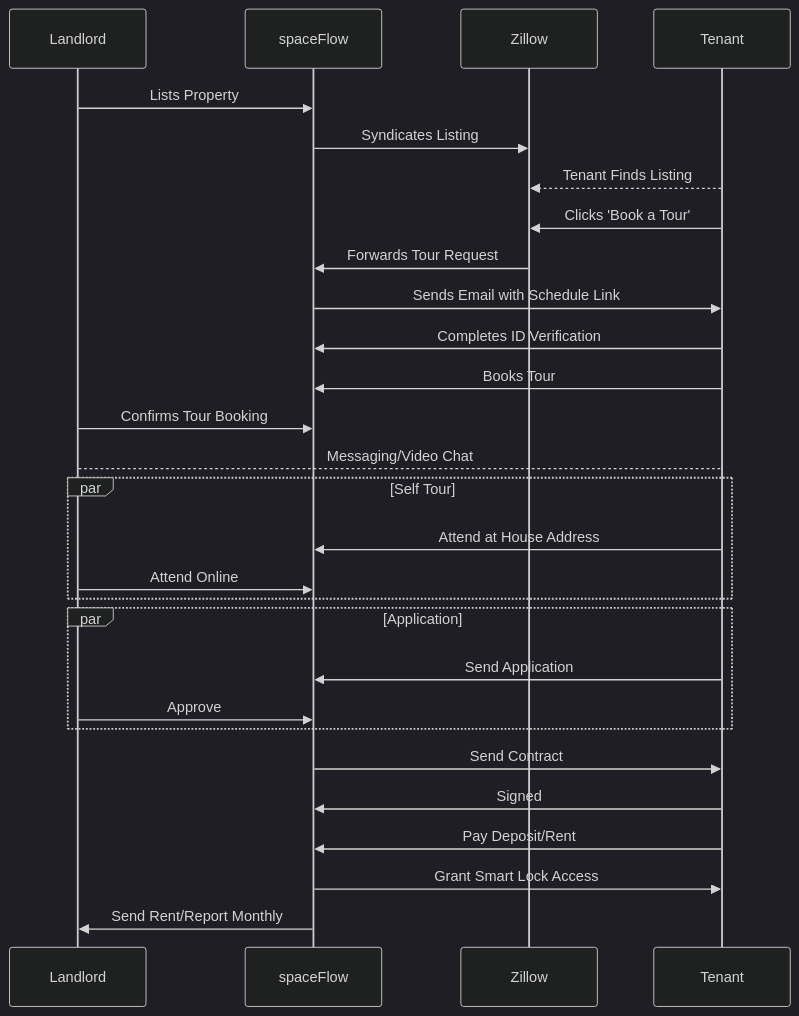
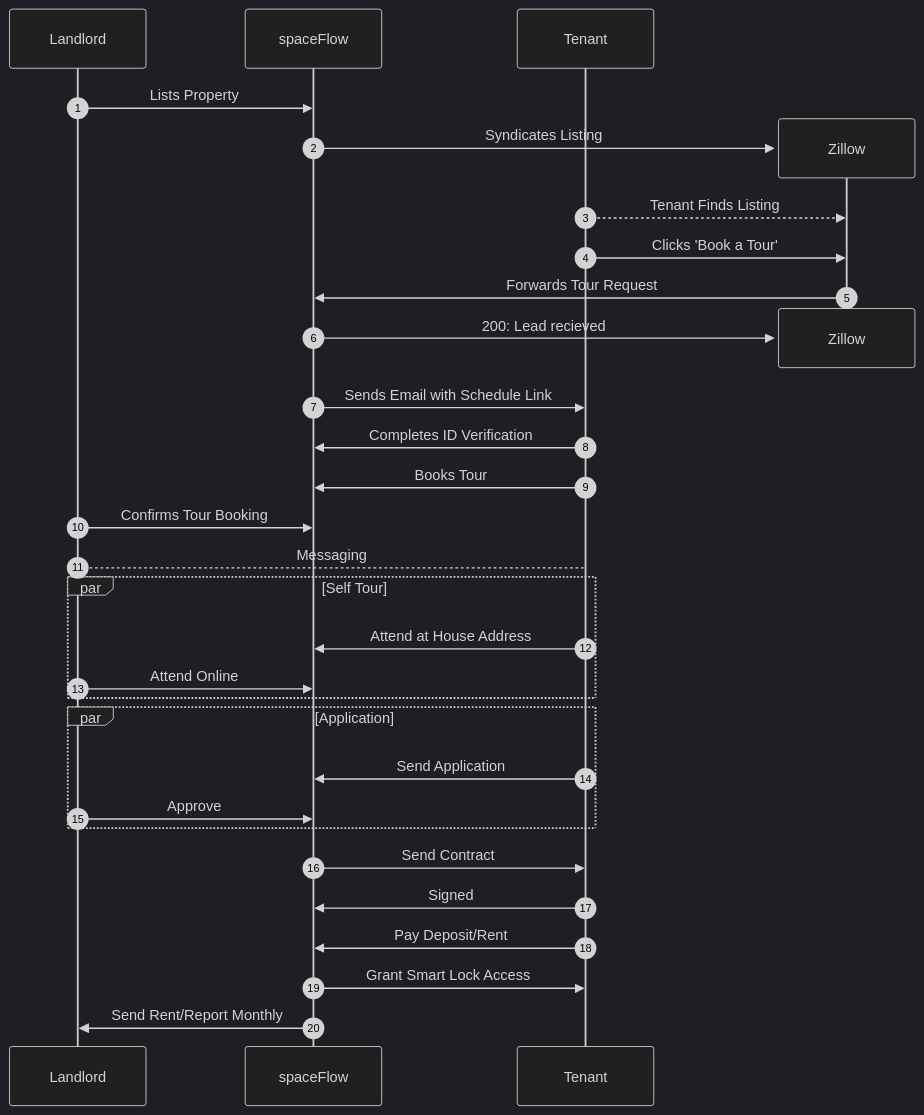
One commit to spaceFlow-US/.github changed the first of 2 diagrams in profile/README.md. Above: the diagram before and after it, drawn with Mermaid (dark theme).

````diff
--- a/profile/README.md
+++ b/profile/README.md
@@ -22,31 +22,35 @@
 ```mermaid
 sequenceDiagram
     participant Landlord
     participant spaceFlow
-    participant Zillow
     participant Tenant
 
+    autonumber
     Landlord->>spaceFlow: Lists Property
+    create participant Zillow
     spaceFlow->>Zillow: Syndicates Listing
     Tenant-->>Zillow: Tenant Finds Listing
     Tenant->>Zillow: Clicks 'Book a Tour'
     Zillow->>spaceFlow: Forwards Tour Request
+    destroy Zillow
+    spaceFlow->>Zillow:200: Lead recieved
+
     spaceFlow->>Tenant: Sends Email with Schedule Link
     Tenant->>spaceFlow: Completes ID Verification
     Tenant->>spaceFlow: Books Tour
     Landlord->>spaceFlow: Confirms Tour Booking
-    Landlord --> Tenant: Messaging/Video Chat
+    Landlord --> Tenant: Messaging
     par Self Tour
         Tenant->>spaceFlow: Attend at House Address
         Landlord->>spaceFlow: Attend Online
     end
     par Application
         Tenant->>spaceFlow: Send Application
         Landlord->>spaceFlow: Approve
     end
     spaceFlow->>Tenant: Send Contract
     Tenant->>spaceFlow: Signed
     Tenant->>spaceFlow: Pay Deposit/Rent
     spaceFlow->>Tenant: Grant Smart Lock Access
     spaceFlow->>Landlord: Send Rent/Report Monthly
 ```
````
